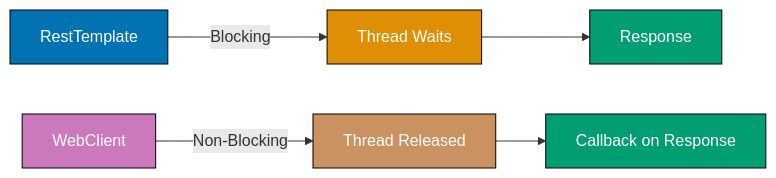
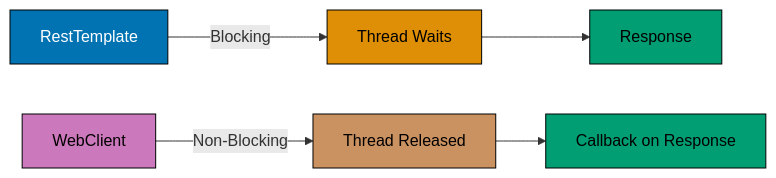
Before and after one commit to wahidyankf/ose-public: the first of 13 diagrams in apps/ayokoding-www/content/en/learn/legacy/software-engineering/platforms/web/tools/jvm-spring-boot/by-example/advanced.md, drawn with Mermaid. The commit also changed other lines of this file and 130 other files, not shown here.

First line of the commit message:
fix(mermaid): bring the legacy platforms diagrams onto the accessible palette

````diff
--- a/apps/ayokoding-www/content/en/learn/legacy/software-engineering/platforms/web/tools/jvm-spring-boot/by-example/advanced.md
+++ b/apps/ayokoding-www/content/en/learn/legacy/software-engineering/platforms/web/tools/jvm-spring-boot/by-example/advanced.md
@@ -426,16 +426,24 @@
 ```mermaid
 %% Color Palette: Blue #0173B2, Orange #DE8F05, Teal #029E73, Purple #CC78BC, Brown #CA9161
 flowchart LR
+    accTitle: Example 42: WebClient - Reactive Non-Blocking Client
+    accDescr: Flowchart with 6 nodes and 4 connections. Nodes: RestTemplate, Thread Waits, Response, WebClient, Thread Released, Callback on Response. Connections: RestTemplate to Thread Waits (Blocking), Thread Waits to Response, WebClient to Thread Released (Non-Blocking), Thread Released to Callback on Response.
     A[RestTemplate] -->|Blocking| B[Thread Waits]
     B --> C[Response]
 
     D[WebClient] -->|Non-Blocking| E[Thread Released]
     E --> F[Callback on Response]
 
-    style A fill:#0173B2,stroke:#000,color:#fff
-    style B fill:#DE8F05,stroke:#000,color:#fff
-    style C fill:#029E73,stroke:#000,color:#fff
-    style D fill:#CC78BC,stroke:#000,color:#fff
-    style E fill:#CA9161,stroke:#000,color:#fff
-    style F fill:#029E73,stroke:#000,color:#fff
+    classDef pal-0173B2 fill:#0173B2,stroke:#000000,color:#FFFFFF
+    class A pal-0173B2
+    classDef pal-DE8F05 fill:#DE8F05,stroke:#000000,color:#000000
+    class B pal-DE8F05
+    classDef pal-029E73 fill:#029E73,stroke:#000000,color:#000000
+    class C pal-029E73
+    classDef pal-CC78BC fill:#CC78BC,stroke:#000000,color:#000000
+    class D pal-CC78BC
+    classDef pal-CA9161 fill:#CA9161,stroke:#000000,color:#000000
+    class E pal-CA9161
+    class F pal-029E73
+    classDef default fill:#FFFFFF,stroke:#000000,color:#000000
 ```
````
